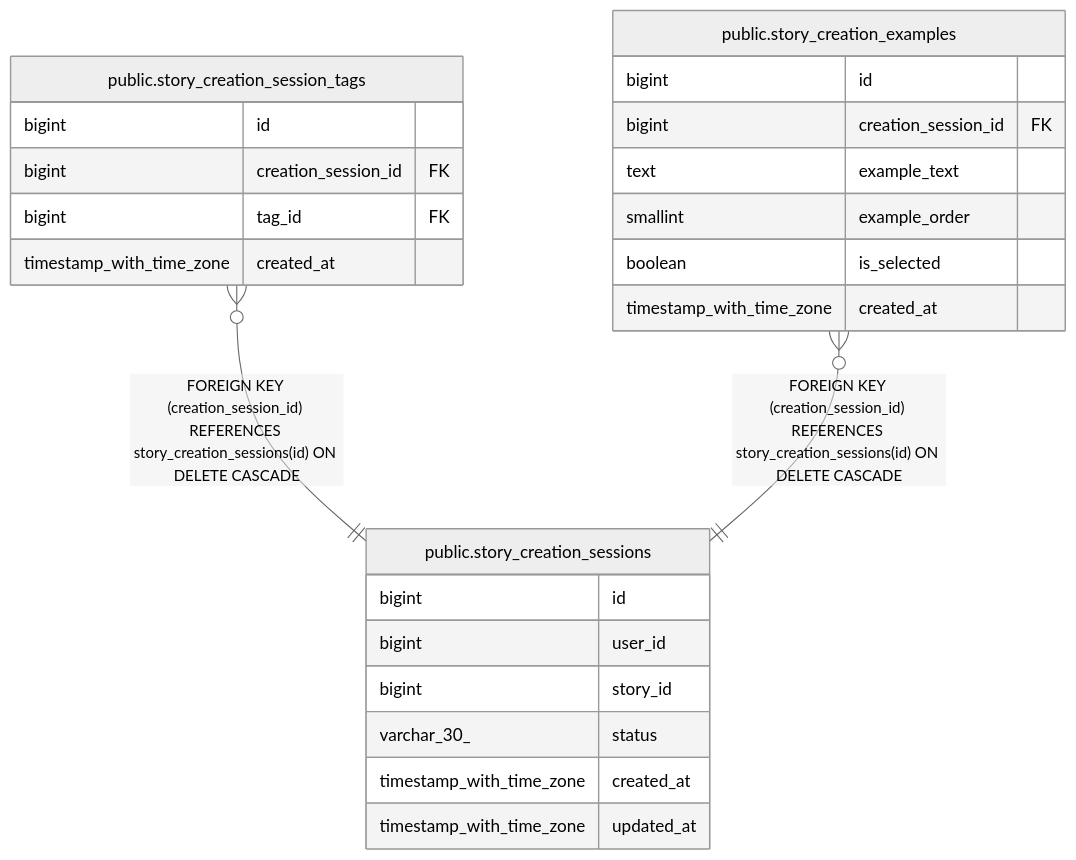
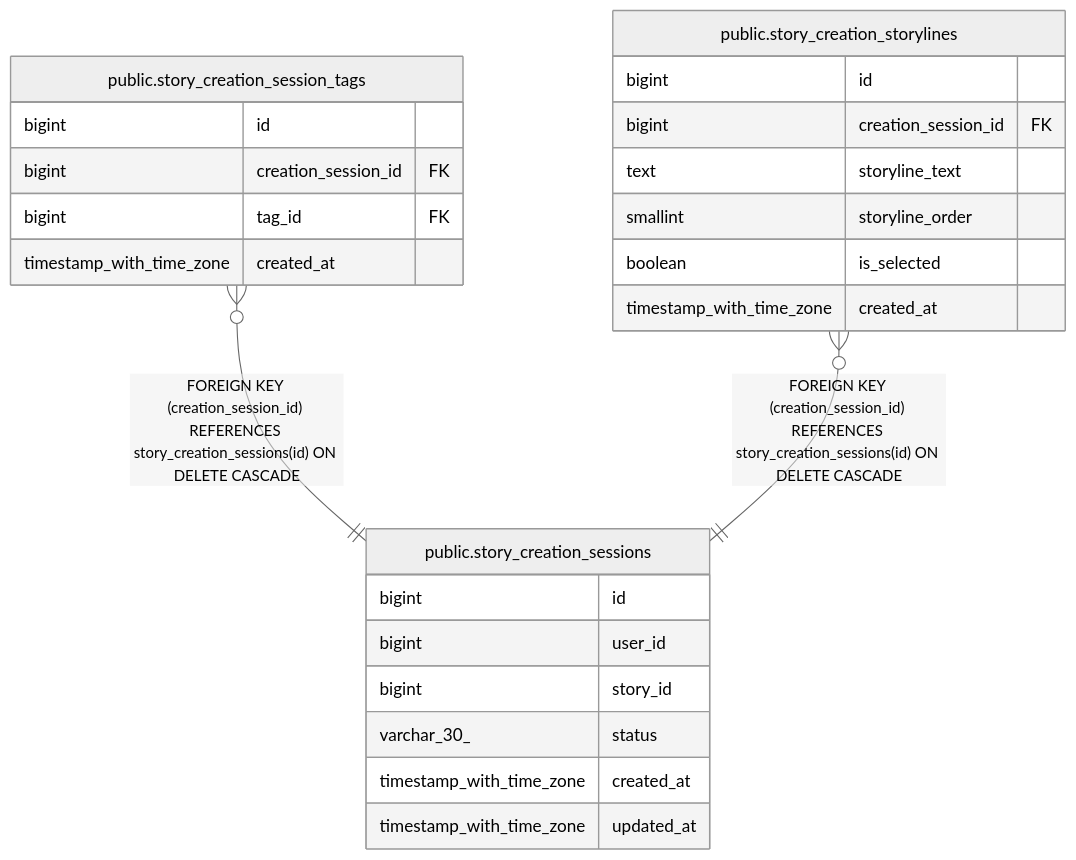
The diagram in dbdoc/public.story_creation_sessions.md (KIM-N-KANG/manyak-server), drawn with Mermaid (neutral theme) before and after one commit. The commit also changed other lines of this file and 23 other files, not shown here.

````diff
--- a/dbdoc/public.story_creation_sessions.md
+++ b/dbdoc/public.story_creation_sessions.md
@@ -29,29 +29,29 @@
 ```mermaid
 erDiagram
 
 "public.story_creation_session_tags" }o--|| "public.story_creation_sessions" : "FOREIGN KEY (creation_session_id) REFERENCES story_creation_sessions(id) ON DELETE CASCADE"
-"public.story_creation_examples" }o--|| "public.story_creation_sessions" : "FOREIGN KEY (creation_session_id) REFERENCES story_creation_sessions(id) ON DELETE CASCADE"
+"public.story_creation_storylines" }o--|| "public.story_creation_sessions" : "FOREIGN KEY (creation_session_id) REFERENCES story_creation_sessions(id) ON DELETE CASCADE"
 
 "public.story_creation_sessions" {
   bigint id
   bigint user_id
   bigint story_id
   varchar_30_ status
   timestamp_with_time_zone created_at
   timestamp_with_time_zone updated_at
 }
 "public.story_creation_session_tags" {
   bigint id
   bigint creation_session_id FK
   bigint tag_id FK
   timestamp_with_time_zone created_at
 }
-"public.story_creation_examples" {
+"public.story_creation_storylines" {
   bigint id
   bigint creation_session_id FK
-  text example_text
-  smallint example_order
+  text storyline_text
+  smallint storyline_order
   boolean is_selected
   timestamp_with_time_zone created_at
 }
 ```
````
